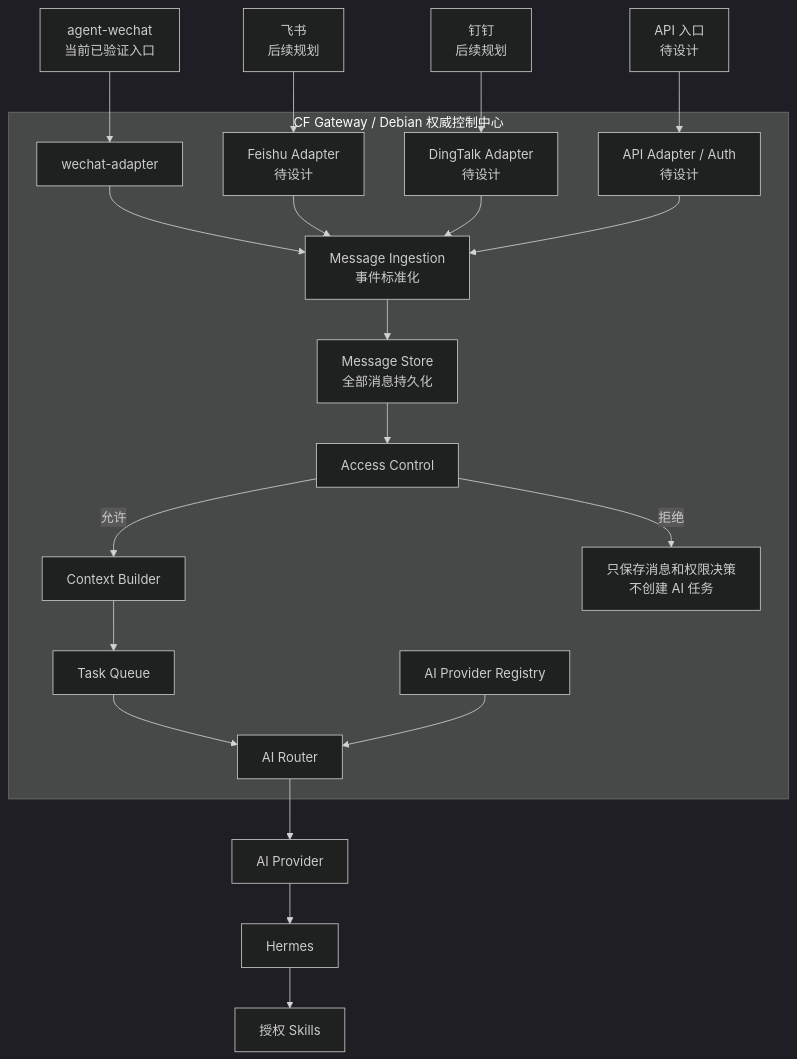
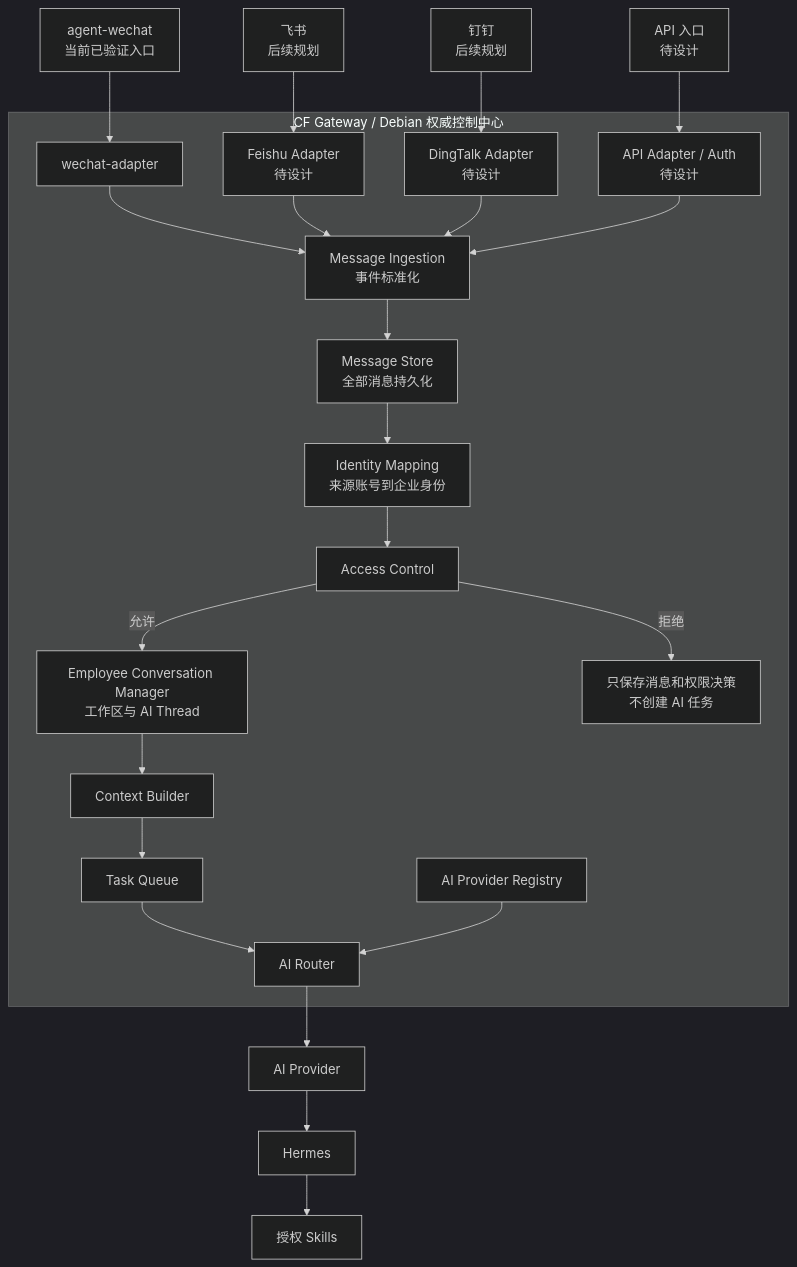
The second of 4 diagrams in architecture/gateway-architecture.md (Tangbohu09527/CF_ecommerce-automation-docs), drawn with Mermaid (dark theme) before and after one commit. The commit also changed other lines of this file and 9 other files, not shown here.

````diff
--- a/architecture/gateway-architecture.md
+++ b/architecture/gateway-architecture.md
@@ -38,25 +39,27 @@
 ```mermaid
 flowchart TB
     W["agent-wechat<br/>当前已验证入口"] --> WA["wechat-adapter"]
     F["飞书<br/>后续规划"] --> FA["Feishu Adapter<br/>待设计"]
     D["钉钉<br/>后续规划"] --> DA["DingTalk Adapter<br/>待设计"]
     A["API 入口<br/>待设计"] --> AA["API Adapter / Auth<br/>待设计"]
 
     subgraph G["CF Gateway / Debian 权威控制中心"]
         WA --> N["Message Ingestion<br/>事件标准化"]
         FA --> N
         DA --> N
         AA --> N
         N --> M["Message Store<br/>全部消息持久化"]
-        M --> AC["Access Control"]
-        AC -->|"允许"| C["Context Builder"]
+        M --> IM["Identity Mapping<br/>来源账号到企业身份"]
+        IM --> AC["Access Control"]
+        AC -->|"允许"| ECM["Employee Conversation Manager<br/>工作区与 AI Thread"]
         AC -->|"拒绝"| R["只保存消息和权限决策<br/>不创建 AI 任务"]
+        ECM --> C["Context Builder"]
         C --> T["Task Queue"]
         T --> AR["AI Router"]
         PR["AI Provider Registry"] --> AR
     end
 
     AR --> P["AI Provider"]
     P --> H["Hermes"]
     H --> S["授权 Skills"]
 ```
````
